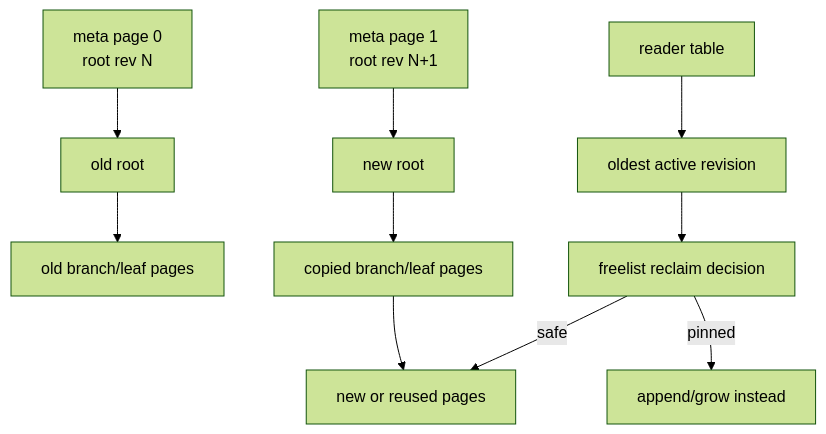
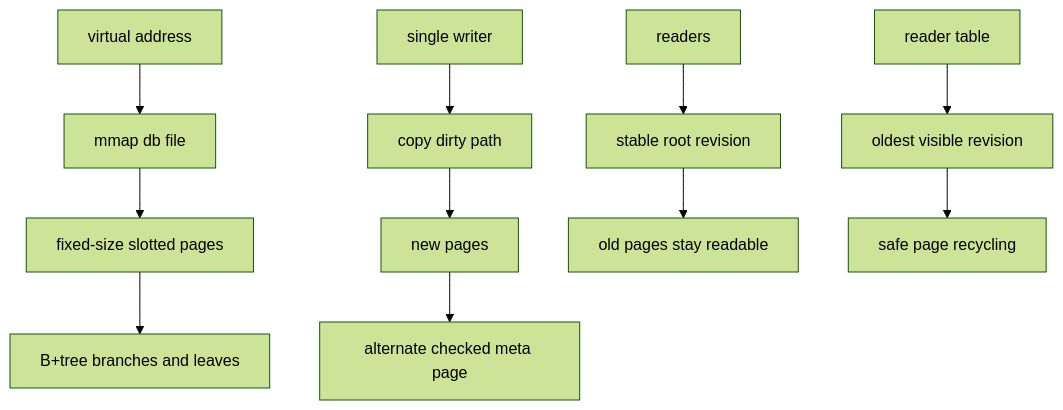
Before and after one commit to hadamrd/cow-btree-course: the first of 4 diagrams in docs/09-openldap-opendj-research.md, drawn with Mermaid (forest theme). The commit also changed other lines of this file and 9 other files, not shown here.

````diff
--- a/docs/09-openldap-opendj-research.md
+++ b/docs/09-openldap-opendj-research.md
@@ -30,14 +32,13 @@
 ```mermaid
 flowchart TD
-    M0["meta page 0<br/>root rev N"] --> R0["old root"]
-    M1["meta page 1<br/>root rev N+1"] --> R1["new root"]
-
-    R0 --> A["old branch/leaf pages"]
-    R1 --> B["copied branch/leaf pages"]
-    B --> C["new or reused pages"]
-
-    T["reader table"] --> S["oldest active revision"]
-    S --> F["freelist reclaim decision"]
-    F -->|safe| C
-    F -->|pinned| G["append/grow instead"]
+    V["virtual address"] --> M["mmap db file"]
+    M --> P["fixed-size slotted pages"]
+    P --> B["B+tree branches and leaves"]
+    W["single writer"] --> C["copy dirty path"]
+    C --> N["new pages"]
+    N --> Meta["alternate checked meta page"]
+    R["readers"] --> Rev["stable root revision"]
+    Rev --> Old["old pages stay readable"]
+    Table["reader table"] --> Oldest["oldest visible revision"]
+    Oldest --> Free["safe page recycling"]
 ```
````
